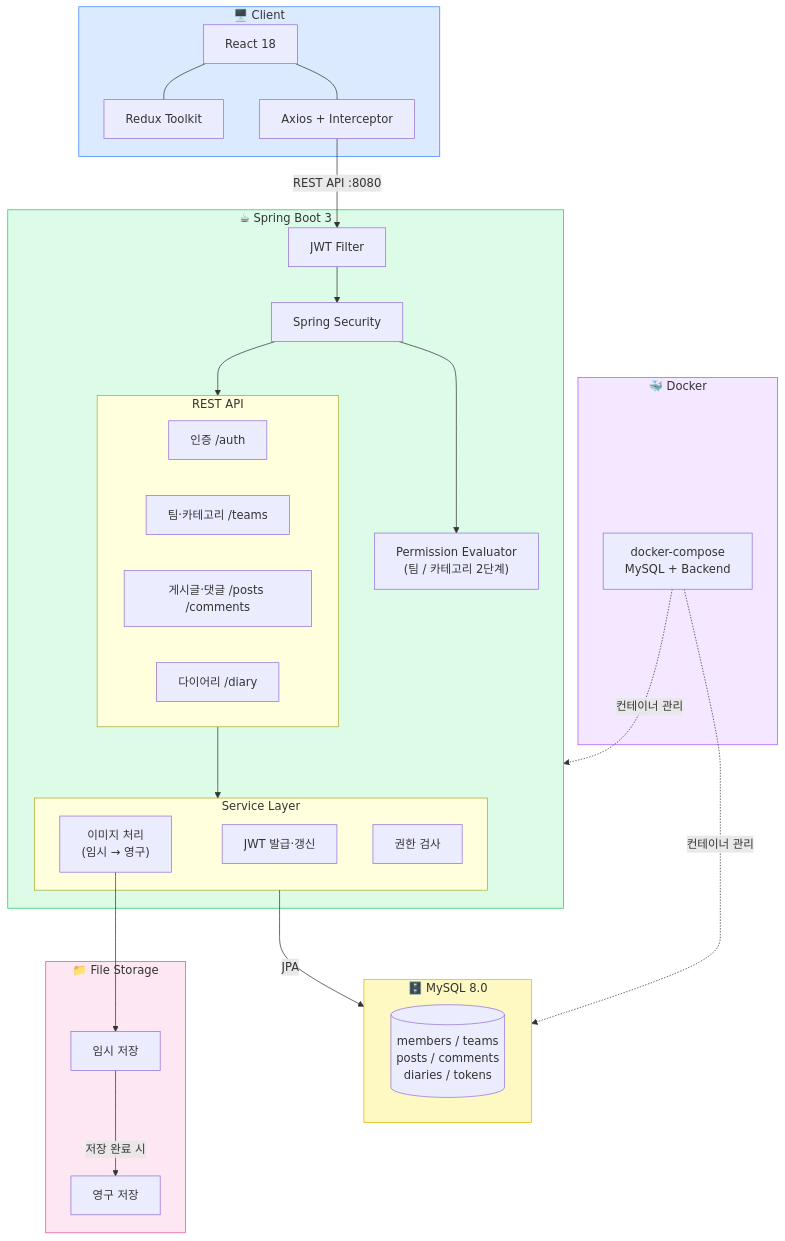
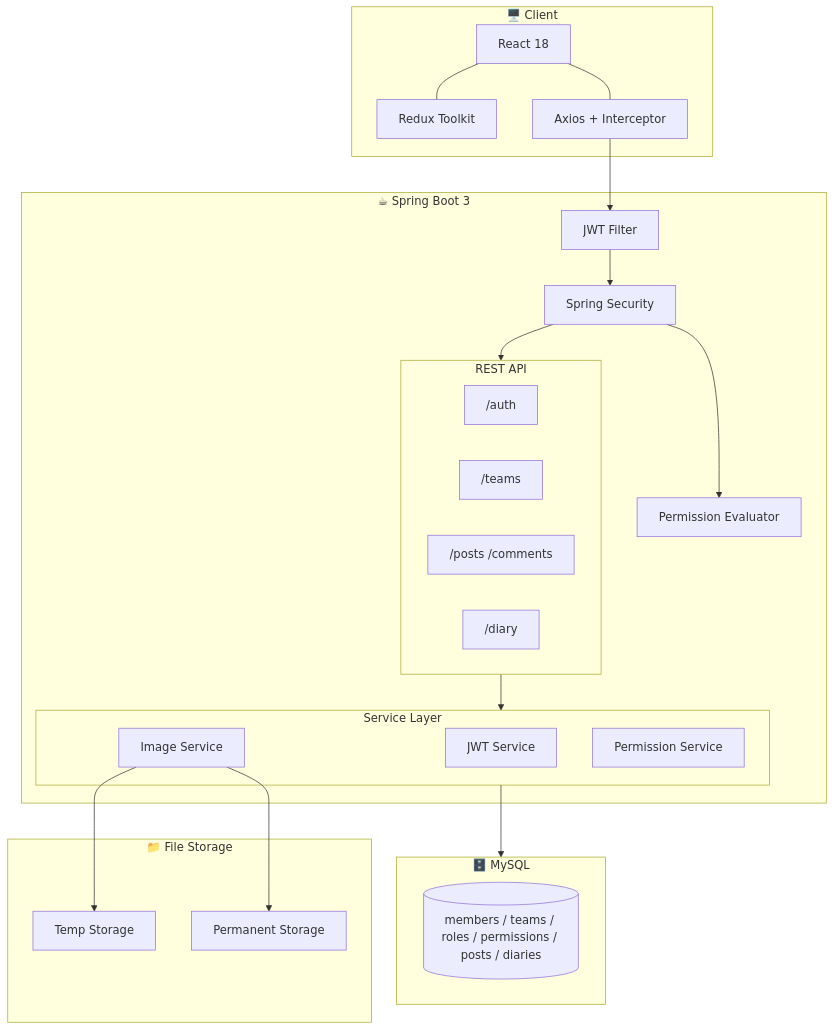
One commit to kkimhaji/calendiary changed the diagram in README.md. Above: the diagram before and after it, drawn with Mermaid. The commit also changed other lines of this file, not shown here.

````diff
--- a/README.md
+++ b/README.md
@@ -110,60 +138,48 @@
 ```mermaid
 graph TB
     subgraph Client["🖥️ Client"]
         React["React 18"]
         Redux["Redux Toolkit"]
         Axios["Axios + Interceptor"]
     end
 
     subgraph Backend["☕ Spring Boot 3"]
         JWTFilter["JWT Filter"]
         Security["Spring Security"]
-        PermEval["Permission Evaluator\n(팀 / 카테고리 2단계)"]
+        PermEval["Permission Evaluator"]
 
         subgraph API["REST API"]
-            Auth["인증 /auth"]
-            Team["팀·카테고리 /teams"]
-            Content["게시글·댓글 /posts /comments"]
-            Diary["다이어리 /diary"]
+            Auth["/auth"]
+            Team["/teams"]
+            Content["/posts /comments"]
+            Diary["/diary"]
         end
 
         subgraph Service["Service Layer"]
-            JWTSvc["JWT 발급·갱신"]
-            ImageSvc["이미지 처리\n(임시 → 영구)"]
-            PermSvc["권한 검사"]
+            JWTSvc["JWT Service"]
+            ImageSvc["Image Service"]
+            PermSvc["Permission Service"]
         end
     end
 
-    subgraph DB["🗄️ MySQL 8.0"]
-        Tables[("members / teams\nposts / comments\ndiaries / tokens")]
+    subgraph DB["🗄️ MySQL"]
+        Tables[("members / teams / roles / permissions / posts / diaries")]
     end
 
     subgraph Storage["📁 File Storage"]
-        Temp["임시 저장"]
-        Perm["영구 저장"]
-        Temp -->|"저장 완료 시"| Perm
+        Temp["Temp Storage"]
+        Perm["Permanent Storage"]
     end
 
-    subgraph Infra["🐳 Docker"]
-        Compose["docker-compose\nMySQL + Backend"]
-    end
-
-    Axios -->|"REST API :8080"| JWTFilter
+    Axios --> JWTFilter
     JWTFilter --> Security
     Security --> PermEval
     Security --> API
     API --> Service
-    Service -->|"JPA"| DB
+    Service --> DB
     ImageSvc --> Temp
-    Compose -.->|"컨테이너 관리"| Backend
-    Compose -.->|"컨테이너 관리"| DB
+    ImageSvc --> Perm
 
     React --- Redux
     React --- Axios
-
-    style Client fill:#dbeafe,stroke:#3b82f6
-    style Backend fill:#dcfce7,stroke:#22c55e
-    style DB fill:#fef9c3,stroke:#eab308
-    style Storage fill:#fce7f3,stroke:#ec4899
-    style Infra fill:#f3e8ff,stroke:#a855f7
 ```
````
